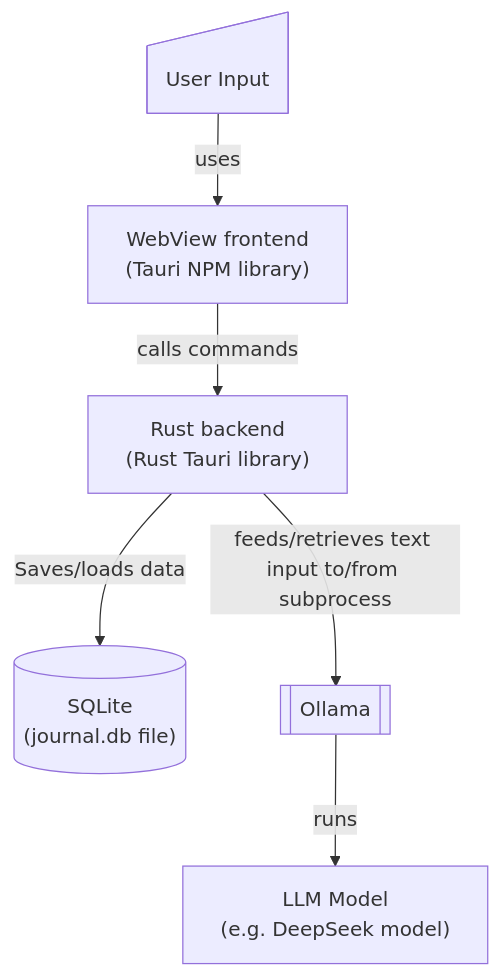
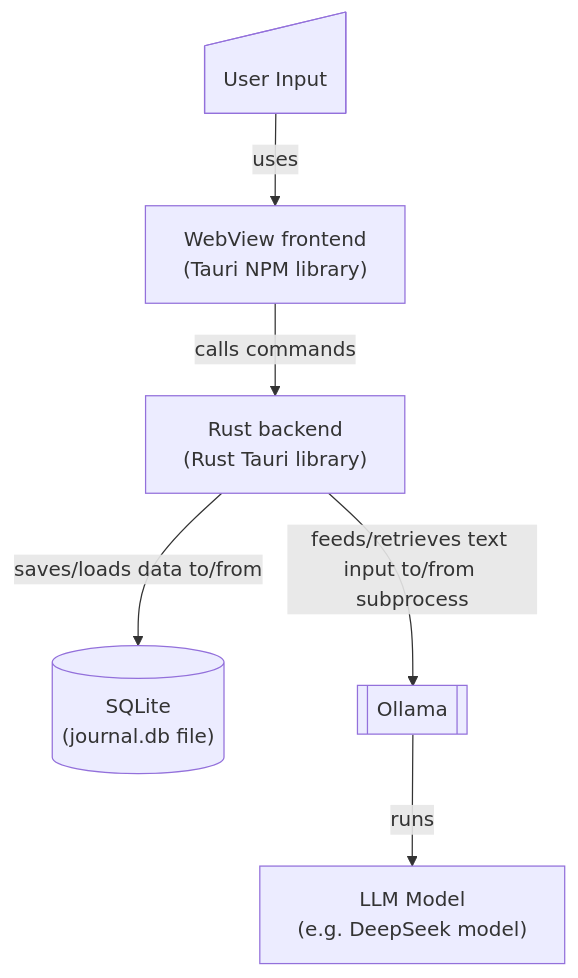
One commit to jrayx/deep-journal changed the diagram in README.md. Above: the diagram before and after it, drawn with Mermaid. The commit also changed other lines of this file and 3 other files, not shown here.

````diff
--- a/README.md
+++ b/README.md
@@ -26,15 +38,15 @@
 ```mermaid
 flowchart
   user@{ shape: manual-input, label: "User Input"}
   ui["WebView frontend<br/>(Tauri NPM library)"]
   api["Rust backend<br/>(Rust Tauri library)"]
   db[("SQLite<br/>(journal.db file)")]
   ollama["Ollama<br/>"]
   ollama@{ shape: fr-rect, label: "Ollama"}
   llm@{shape: rect, label: "LLM Model<br/>(e.g. DeepSeek model)"}
   
   user -->|uses| ui
-  ui -->|calls commands| api -->|Saves/loads data| db
+  ui -->|calls commands| api -->|saves/loads data to/from| db
   api -->|feeds/retrieves text input to/from subprocess| ollama
   ollama -->|runs| llm
 ```
````
